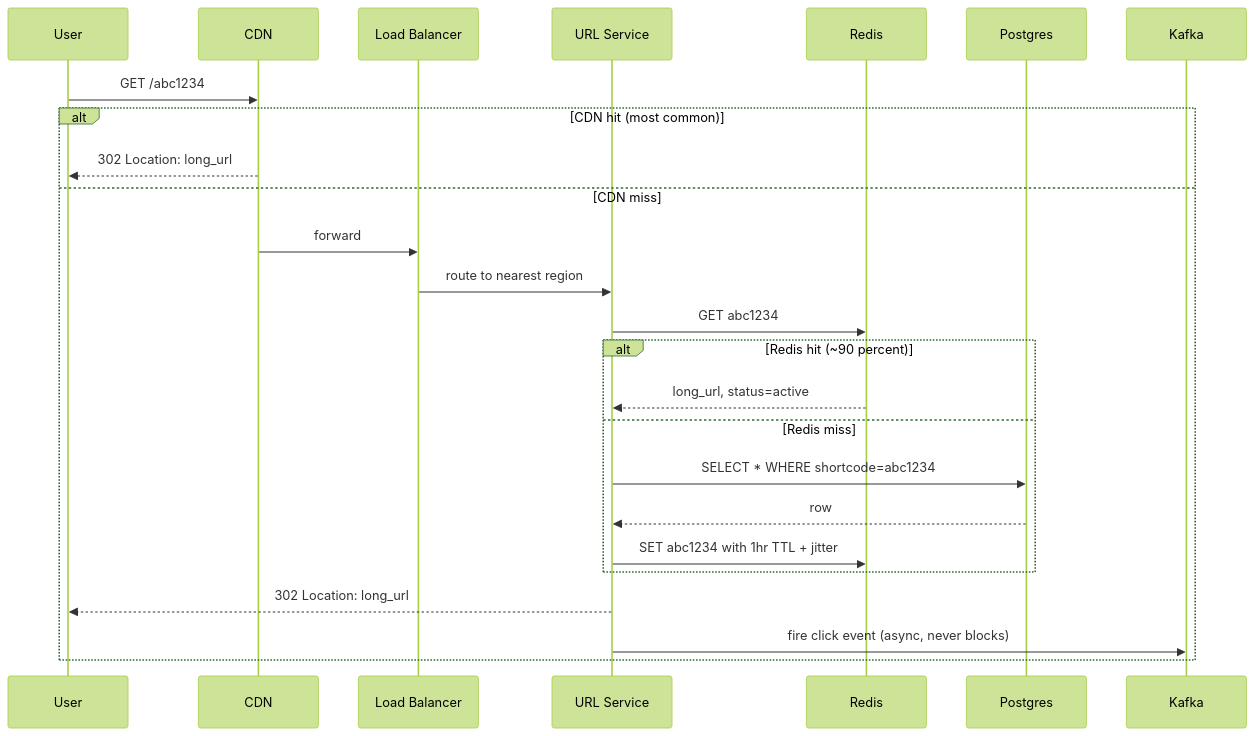
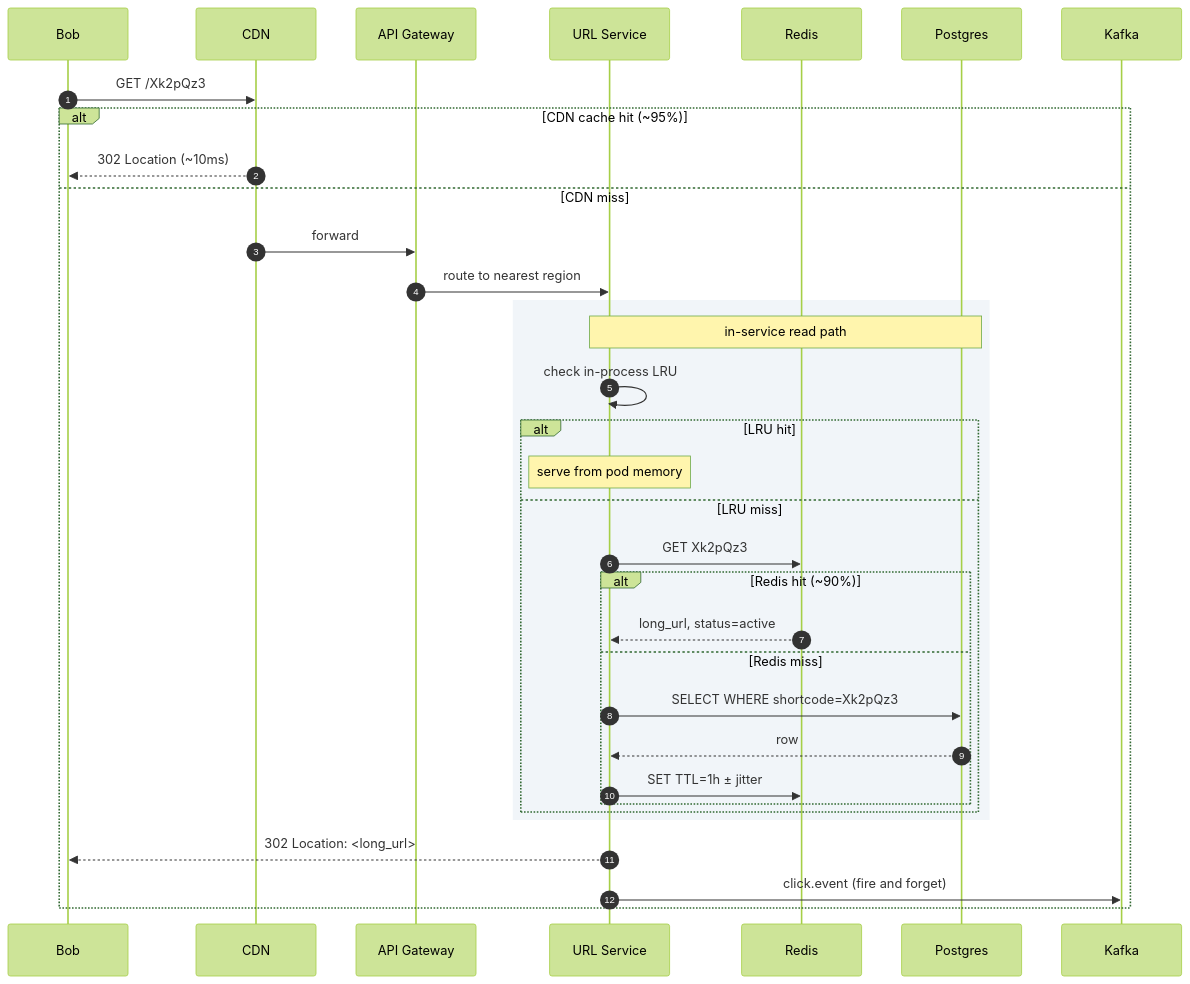
Diagram 14 of 15 in _practice/system-design/001-url-shortener.md (shiningflash/shiningflash.github.io), drawn with Mermaid (forest theme) before and after one commit. The commit also changed other lines of this file and 19 other files, not shown here.

````diff
--- a/_practice/system-design/001-url-shortener.md
+++ b/_practice/system-design/001-url-shortener.md
@@ -686,28 +759,39 @@
 ```mermaid
 sequenceDiagram
-  participant U as User
-  participant CDN
-  participant LB as Load Balancer
-  participant SVC as URL Service
-  participant R as Redis
-  participant DB as Postgres
-  participant K as Kafka
+    autonumber
+    participant Bob
+    participant CDN
+    participant GW as API Gateway
+    participant S as URL Service
+    participant R as Redis
+    participant DB as Postgres
+    participant K as Kafka
 
-  U->>CDN: GET /abc1234
-  alt CDN hit (most common)
-    CDN-->>U: 302 Location: long_url
-  else CDN miss
-    CDN->>LB: forward
-    LB->>SVC: route to nearest region
-    SVC->>R: GET abc1234
-    alt Redis hit (~90 percent)
-      R-->>SVC: long_url, status=active
-    else Redis miss
-      SVC->>DB: SELECT * WHERE shortcode=abc1234
-      DB-->>SVC: row
-      SVC->>R: SET abc1234 with 1hr TTL + jitter
+    Bob->>CDN: GET /Xk2pQz3
+    alt CDN cache hit (~95%)
+        CDN-->>Bob: 302 Location (~10ms)
+    else CDN miss
+        CDN->>GW: forward
+        GW->>S: route to nearest region
+
+        rect rgb(241, 245, 249)
+            Note over S,DB: in-service read path
+            S->>S: check in-process LRU
+            alt LRU hit
+                Note over S: serve from pod memory
+            else LRU miss
+                S->>R: GET Xk2pQz3
+                alt Redis hit (~90%)
+                    R-->>S: long_url, status=active
+                else Redis miss
+                    S->>DB: SELECT WHERE shortcode=Xk2pQz3
+                    DB-->>S: row
+                    S->>R: SET TTL=1h ± jitter
+                end
+            end
+        end
+
+        S-->>Bob: 302 Location: <long_url>
+        S->>K: click.event (fire and forget)
     end
-    SVC-->>U: 302 Location: long_url
-    SVC->>K: fire click event (async, never blocks)
-  end
 ```
````
